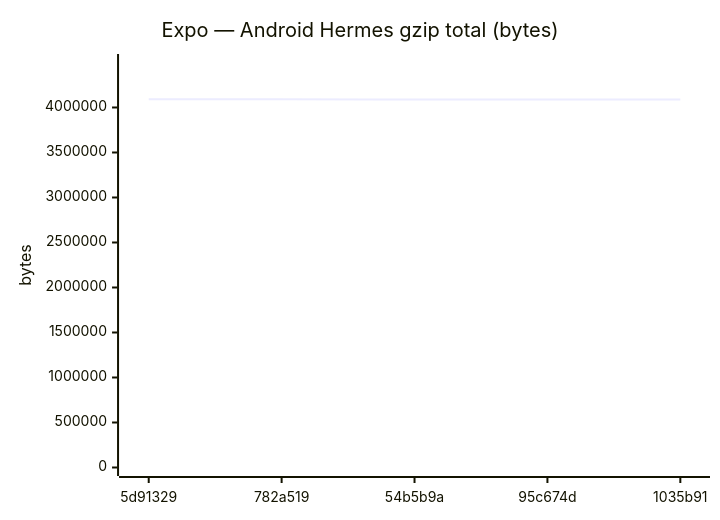
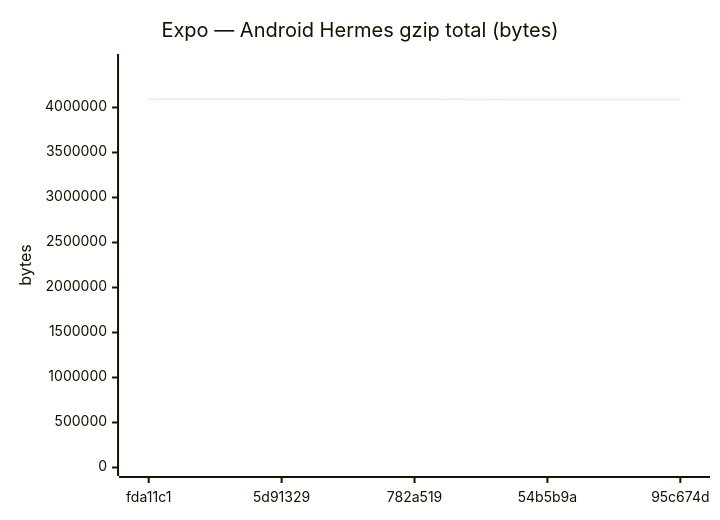
One commit to Metaheurist/Rianell changed diagram 11 of 18 in benchmarks/compare.md. Above: the diagram before and after it, drawn with Mermaid. The commit also changed other lines of this file and 11 other files, not shown here.

````diff
--- a/benchmarks/compare.md
+++ b/benchmarks/compare.md
@@ -172,7 +172,7 @@
 ```mermaid
 xychart-beta
     title "Expo — Android Hermes gzip total (bytes)"
-    x-axis ["5d91329", "782a519", "54b5b9a", "95c674d", "1035b91"]
-    y-axis "bytes" 0 --> 4499866
-    line [4090787, 4090360, 4089313, 4088814, 4088813]
+    x-axis ["fda11c1", "5d91329", "782a519", "54b5b9a", "95c674d"]
+    y-axis "bytes" 0 --> 4499868
+    line [4090789, 4090787, 4090360, 4089313, 4088814]
 ```
````
